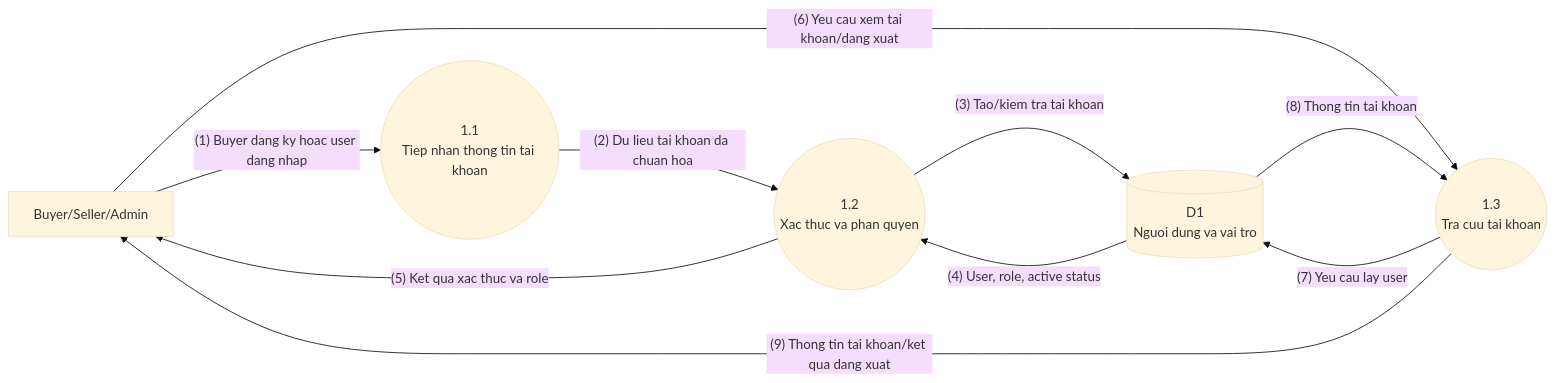
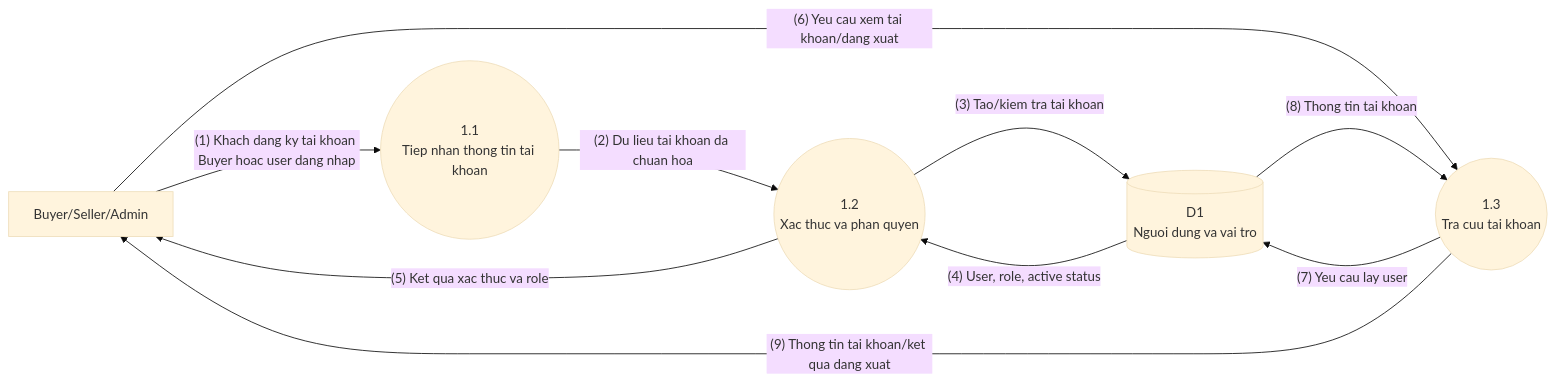
The first of 5 diagrams in Documents_Refactor/Custom_Keyboard_DFD_Level1_Refactor.md (froynar/Custom_keyboard), drawn with Mermaid (base theme) before and after one commit. The commit also changed 194 other files, not shown here.

````diff
--- a/Documents_Refactor/Custom_Keyboard_DFD_Level1_Refactor.md
+++ b/Documents_Refactor/Custom_Keyboard_DFD_Level1_Refactor.md
@@ -7,21 +7,21 @@
 ```mermaid
 flowchart LR
     User["Buyer/Seller/Admin"]
 
     P11(("1.1\nTiep nhan thong tin tai khoan"))
     P12(("1.2\nXac thuc va phan quyen"))
     P13(("1.3\nTra cuu tai khoan"))
 
     D1[("D1\nNguoi dung va vai tro")]
 
-    User -- "(1) Buyer dang ky hoac user dang nhap" --> P11
+    User -- "(1) Khach dang ky tai khoan Buyer hoac user dang nhap" --> P11
     P11 -- "(2) Du lieu tai khoan da chuan hoa" --> P12
     P12 -- "(3) Tao/kiem tra tai khoan" --> D1
     D1 -- "(4) User, role, active status" --> P12
     P12 -- "(5) Ket qua xac thuc va role" --> User
 
     User -- "(6) Yeu cau xem tai khoan/dang xuat" --> P13
     P13 -- "(7) Yeu cau lay user" --> D1
     D1 -- "(8) Thong tin tai khoan" --> P13
     P13 -- "(9) Thong tin tai khoan/ket qua dang xuat" --> User
 ```
````
